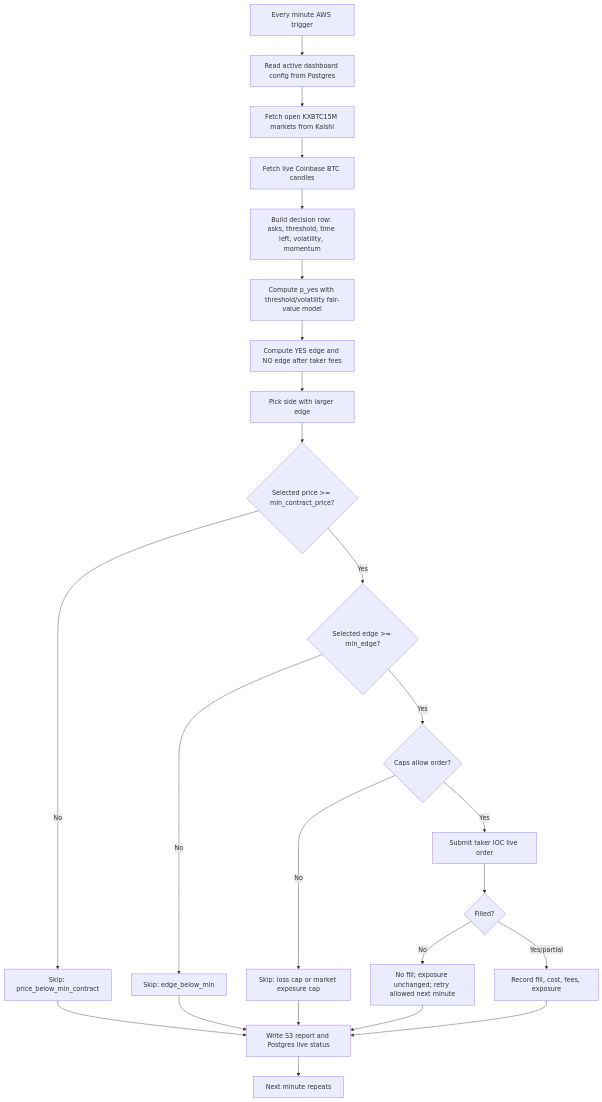
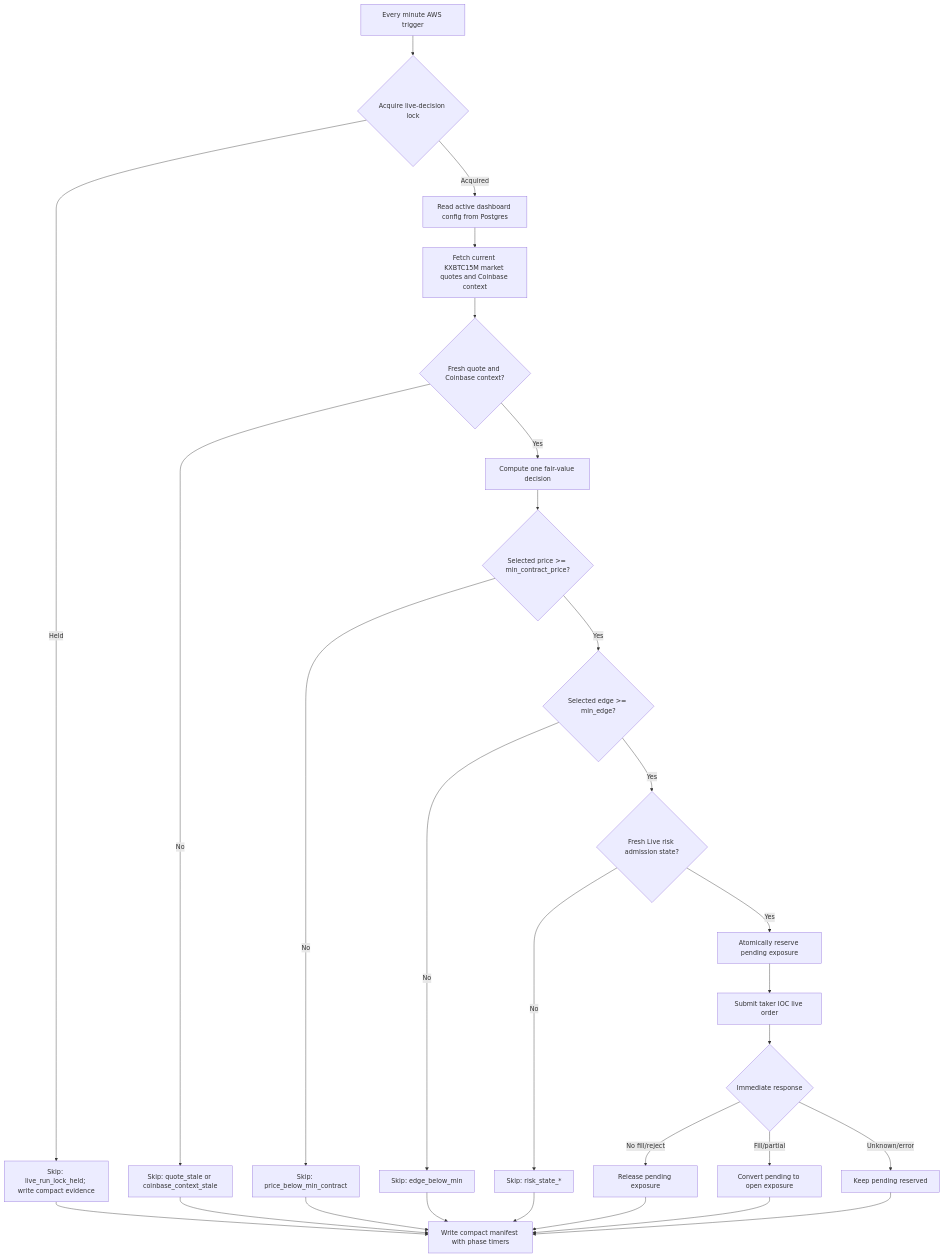
The diagram in docs/strategy/fair-value-live-strategy.md (sidmohan0/alphadb), drawn with Mermaid before and after one commit. The commit also changed other lines of this file and 5 other files, not shown here.

Commit message:
chore(ALP-212): gate live schedule enablement on smoke evidence

````diff
--- a/docs/strategy/fair-value-live-strategy.md
+++ b/docs/strategy/fair-value-live-strategy.md
@@ -80,26 +86,30 @@
 ```mermaid
 flowchart TD
-    A["Every minute AWS trigger"] --> B["Read active dashboard config from Postgres"]
-    B --> C["Fetch open KXBTC15M markets from Kalshi"]
-    C --> D["Fetch live Coinbase BTC candles"]
-    D --> E["Build decision row: asks, threshold, time left, volatility, momentum"]
-    E --> F["Compute p_yes with threshold/volatility fair-value model"]
-    F --> G["Compute YES edge and NO edge after taker fees"]
-    G --> H["Pick side with larger edge"]
+    A["Every minute AWS trigger"] --> B{"Acquire live-decision lock"}
+    B -- "Held" --> C["Skip: live_run_lock_held; write compact evidence"]
+    B -- "Acquired" --> D["Read active dashboard config from Postgres"]
+    D --> E["Fetch current KXBTC15M market quotes and Coinbase context"]
+    E --> F{"Fresh quote and Coinbase context?"}
+    F -- "No" --> G["Skip: quote_stale or coinbase_context_stale"]
+    F -- "Yes" --> H["Compute one fair-value decision"]
     H --> I{"Selected price >= min_contract_price?"}
     I -- "No" --> J["Skip: price_below_min_contract"]
     I -- "Yes" --> K{"Selected edge >= min_edge?"}
     K -- "No" --> L["Skip: edge_below_min"]
-    K -- "Yes" --> M{"Caps allow order?"}
-    M -- "No" --> N["Skip: loss cap or market exposure cap"]
-    M -- "Yes" --> O["Submit taker IOC live order"]
-    O --> P{"Filled?"}
-    P -- "No" --> Q["No fill; exposure unchanged; retry allowed next minute"]
-    P -- "Yes/partial" --> R["Record fill, cost, fees, exposure"]
-    Q --> S["Write S3 report and Postgres live status"]
-    R --> S
-    J --> S
-    L --> S
-    N --> S
-    S --> T["Next minute repeats"]
+    K -- "Yes" --> M{"Fresh Live risk admission state?"}
+    M -- "No" --> N["Skip: risk_state_*"]
+    M -- "Yes" --> O["Atomically reserve pending exposure"]
+    O --> P["Submit taker IOC live order"]
+    P --> Q{"Immediate response"}
+    Q -- "No fill/reject" --> R["Release pending exposure"]
+    Q -- "Fill/partial" --> S["Convert pending to open exposure"]
+    Q -- "Unknown/error" --> T["Keep pending reserved"]
+    C --> U["Write compact manifest with phase timers"]
+    G --> U
+    J --> U
+    L --> U
+    N --> U
+    R --> U
+    S --> U
+    T --> U
 ```
````
